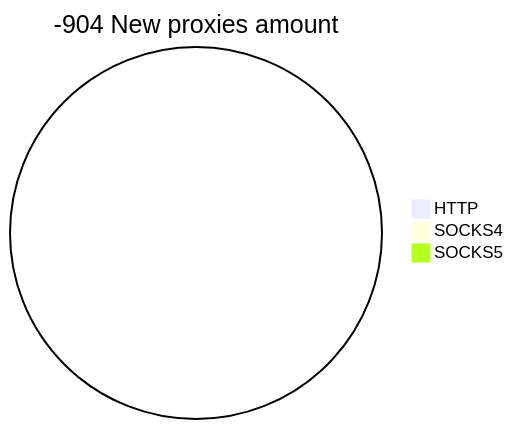
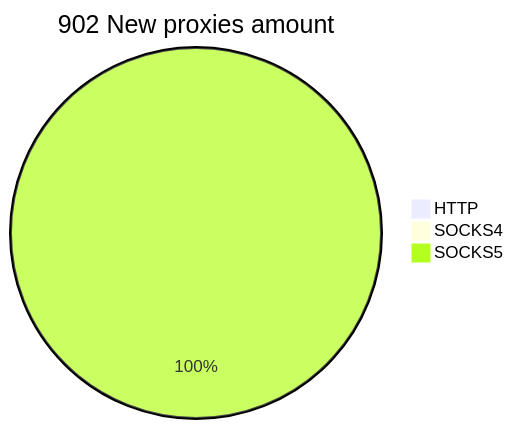
One commit to cutipu/proxylist changed the second of 2 diagrams in README.md. Above: the diagram before and after it, drawn with Mermaid. The commit also changed other lines of this file, not shown here.

````diff
--- a/README.md
+++ b/README.md
@@ -10,6 +10,6 @@
 ```mermaid
-pie title -904 New proxies amount
+pie title 902 New proxies amount
     "HTTP" : 0
     "SOCKS4" : 0
-    "SOCKS5" : 0
+    "SOCKS5" : 904
 ```
````
